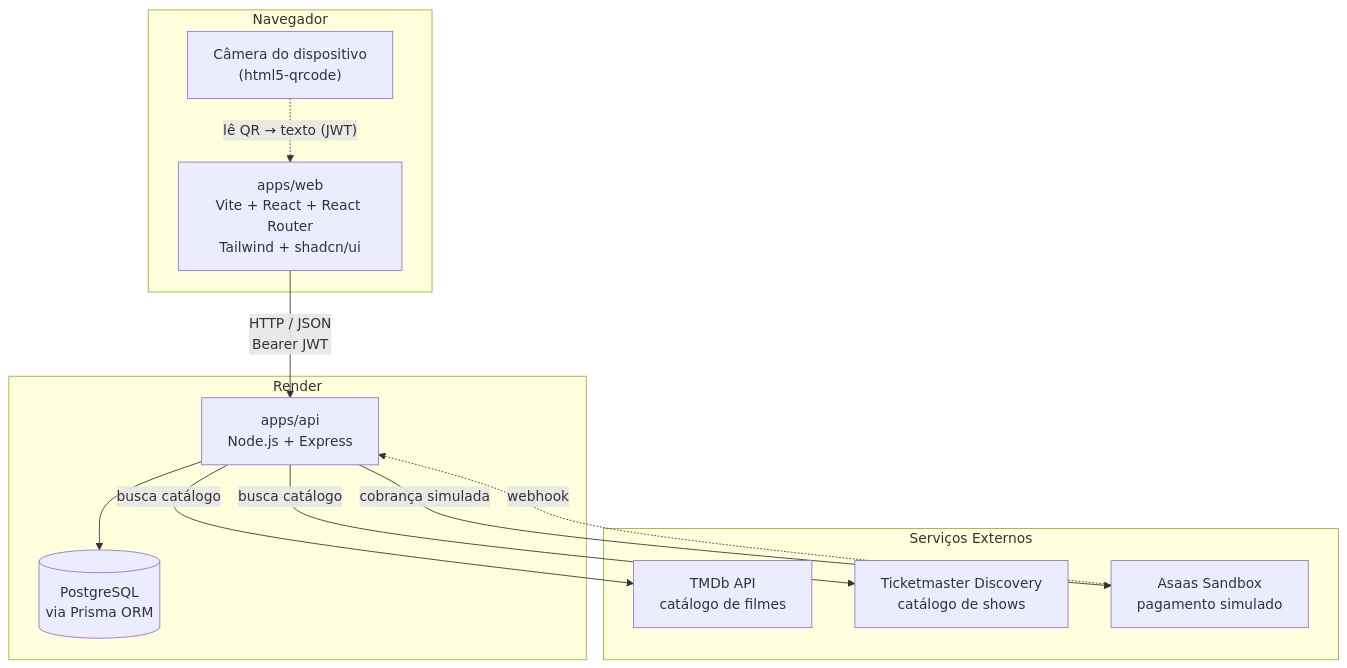
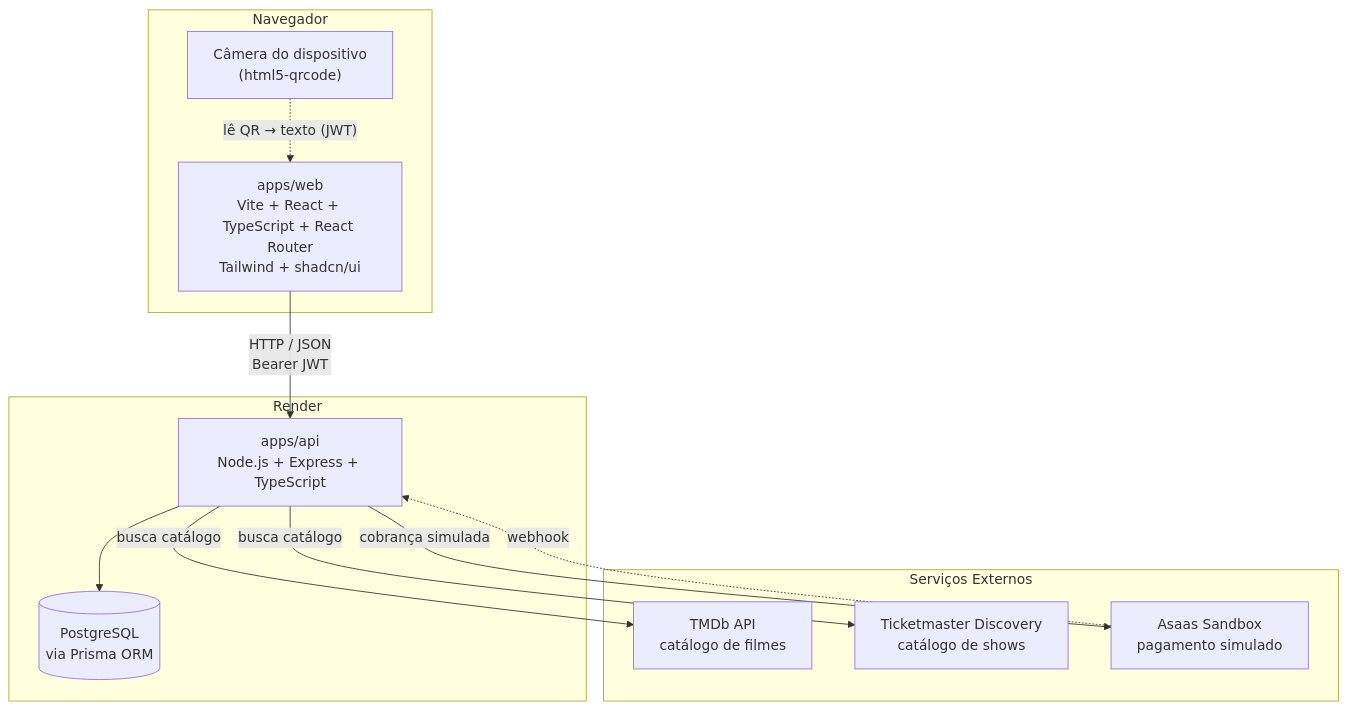
The diagram in docs/DECISIONS.md (Vinicius-DEV1/plataforma-eventos-e-ingressos-verzel), drawn with Mermaid before and after one commit. The commit also changed other lines of this file and 1 other file, not shown here.

Commit message:
docs: define TypeScript e Jest, corrige imprecisões técnicas

````diff
--- a/docs/DECISIONS.md
+++ b/docs/DECISIONS.md
@@ -81,26 +95,26 @@
 ```mermaid
 graph TB
     subgraph Cliente["Navegador"]
-        WEB["apps/web<br/>Vite + React + React Router<br/>Tailwind + shadcn/ui"]
+        WEB["apps/web<br/>Vite + React + TypeScript + React Router<br/>Tailwind + shadcn/ui"]
         CAM["Câmera do dispositivo<br/>(html5-qrcode)"]
     end
 
     subgraph Servidor["Render"]
-        API["apps/api<br/>Node.js + Express"]
+        API["apps/api<br/>Node.js + Express + TypeScript"]
         DB[("PostgreSQL<br/>via Prisma ORM")]
     end
 
     subgraph Externos["Serviços Externos"]
         TMDB["TMDb API<br/>catálogo de filmes"]
         TM["Ticketmaster Discovery<br/>catálogo de shows"]
         ASAAS["Asaas Sandbox<br/>pagamento simulado"]
     end
 
     WEB -->|"HTTP / JSON<br/>Bearer JWT"| API
     CAM -.->|"lê QR → texto (JWT)"| WEB
     API --> DB
     API -->|"busca catálogo"| TMDB
     API -->|"busca catálogo"| TM
     API -->|"cobrança simulada"| ASAAS
     ASAAS -.->|"webhook"| API
 ```
````
